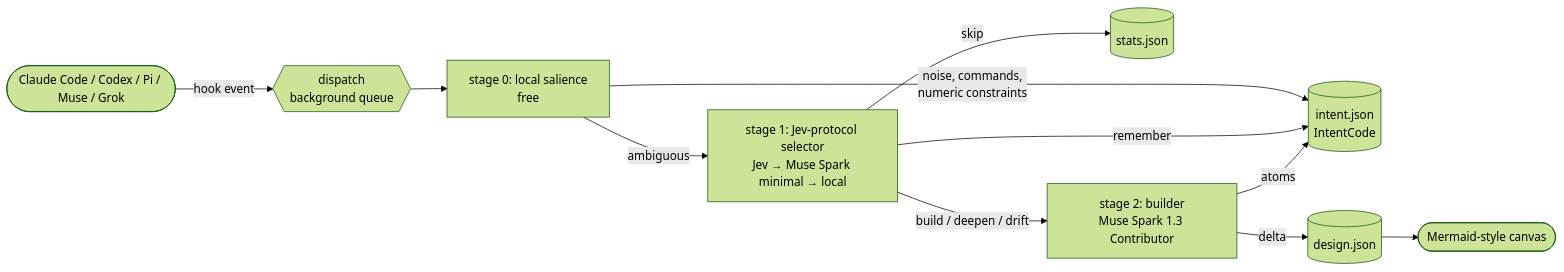
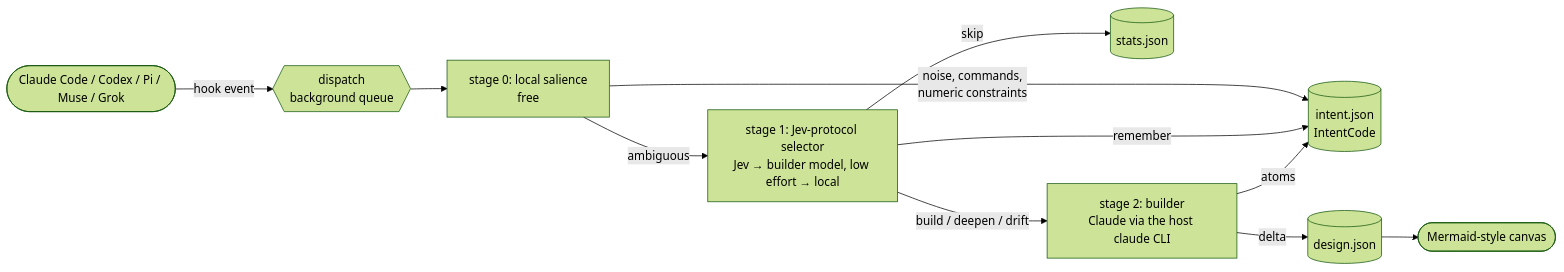
The diagram in docs/ARCHITECTURE.md (logan-robbins/smartypants), drawn with Mermaid (forest theme) before and after one commit. The commit also changed other lines of this file and 37 other files, not shown here.

First line of the commit message:
Claude is the default builder, through the host's own Claude Code sign-in

````diff
--- a/docs/ARCHITECTURE.md
+++ b/docs/ARCHITECTURE.md
@@ -10,13 +10,13 @@
 ```mermaid
 flowchart LR
   host(["Claude Code / Codex / Pi / Muse / Grok"]) -->|"hook event"| dispatch{{"dispatch<br/>background queue"}}
   dispatch --> s0["stage 0: local salience<br/>free"]
   s0 -->|"noise, commands,<br/>numeric constraints"| memory[("intent.json<br/>IntentCode")]
-  s0 -->|"ambiguous"| s1["stage 1: Jev-protocol selector<br/>Jev → Muse Spark minimal → local"]
+  s0 -->|"ambiguous"| s1["stage 1: Jev-protocol selector<br/>Jev → builder model, low effort → local"]
   s1 -->|"skip"| stats[("stats.json")]
   s1 -->|"remember"| memory
-  s1 -->|"build / deepen / drift"| s2["stage 2: builder<br/>Muse Spark 1.3 Contributor"]
+  s1 -->|"build / deepen / drift"| s2["stage 2: builder<br/>Claude via the host claude CLI"]
   s2 -->|"delta"| design[("design.json")]
   s2 -->|"atoms"| memory
   design --> canvas(["Mermaid-style canvas"])
 ```
````
